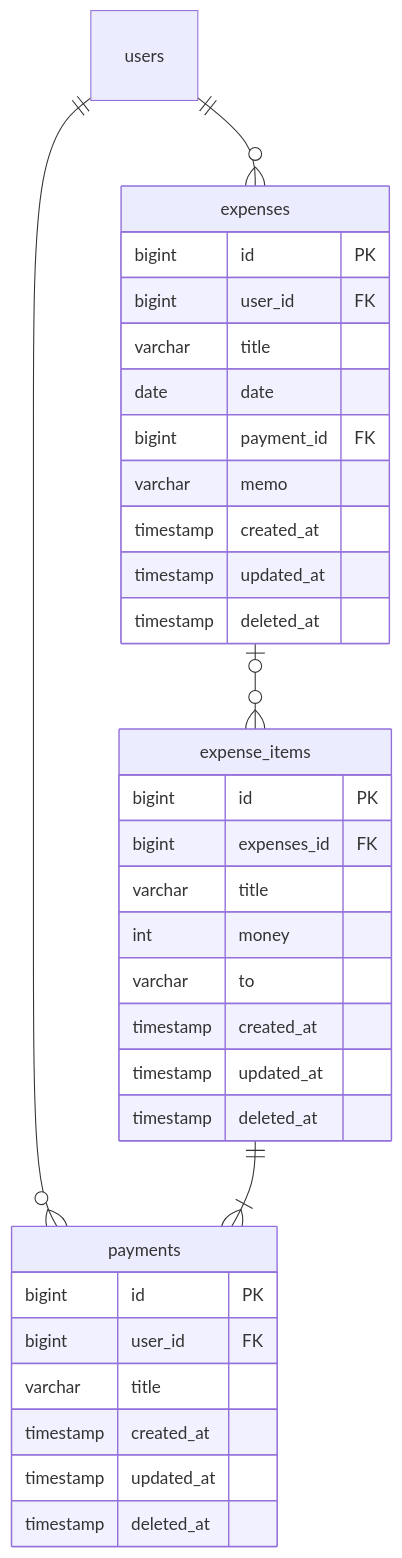
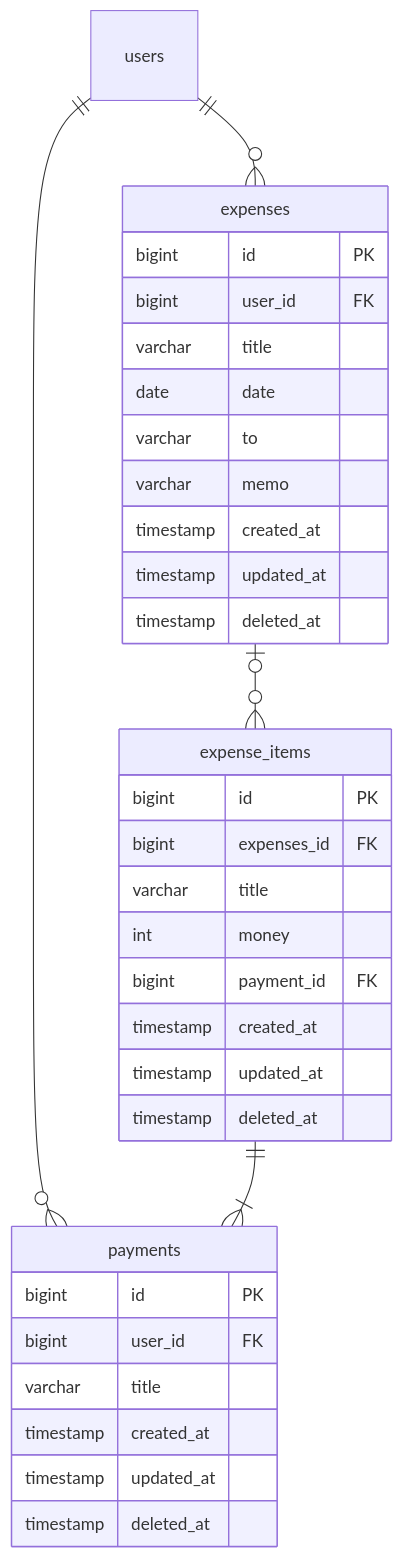
One commit to PONzu-0529/ponzu0529-niconico changed the fourth of 4 diagrams in Doc/MoneyAssistant.md. Above: the diagram before and after it, drawn with Mermaid. The commit also changed other lines of this file, not shown here.

````diff
--- a/Doc/MoneyAssistant.md
+++ b/Doc/MoneyAssistant.md
@@ -171,41 +171,41 @@
 ```mermaid
 erDiagram
   users
 
   payments {
     bigint id PK
     bigint user_id FK
     varchar title
     timestamp created_at
     timestamp updated_at
     timestamp deleted_at
   }
 
   expenses {
     bigint id PK
     bigint user_id FK
     varchar title
     date date
-    bigint payment_id FK
+    varchar to
     varchar memo
     timestamp created_at
     timestamp updated_at
     timestamp deleted_at
   }
 
   expense_items {
     bigint id PK
     bigint expenses_id FK
     varchar title
     int money
-    varchar to
+    bigint payment_id FK
     timestamp created_at
     timestamp updated_at
     timestamp deleted_at
   }
 
   users ||--o{ payments : ""
   users ||--o{ expenses : ""
   expense_items ||--|{ payments : ""
   expenses |o--o{ expense_items : ""
 ```
````
